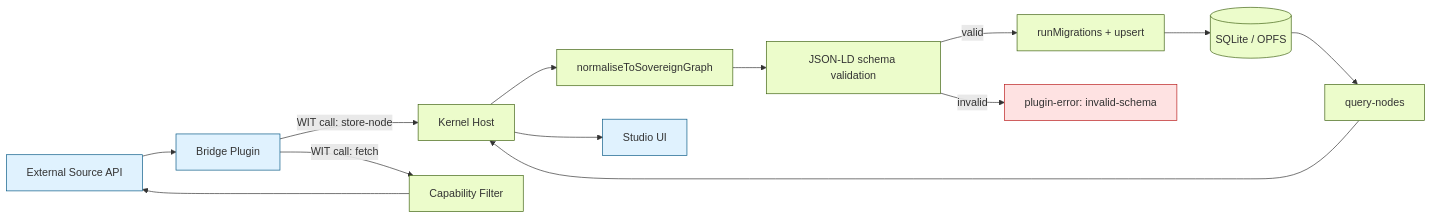
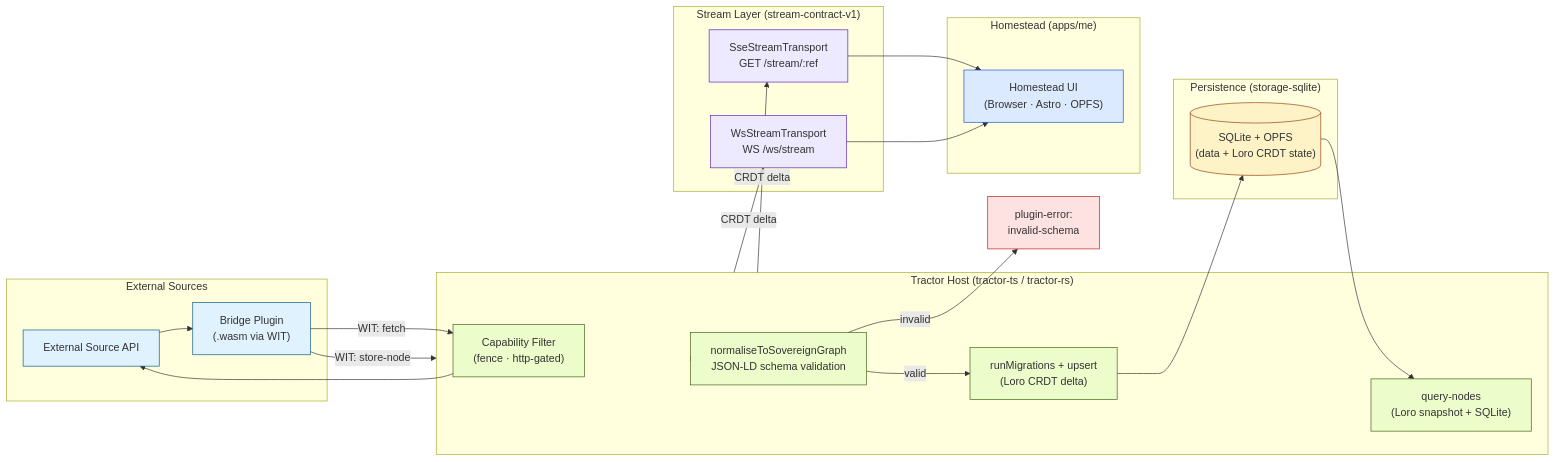
The diagram in specs/diagrams/data-flow.mermaid (aretw0/refarm), drawn with Mermaid before and after one commit. The commit also changed 921 other files, not shown here.

```diff
--- a/specs/diagrams/data-flow.mermaid
+++ b/specs/diagrams/data-flow.mermaid
@@ -1,24 +1,57 @@
 flowchart LR
-  U[External Source API] --> P[Bridge Plugin]
-  P -->|WIT call: store-node| K[Kernel Host]
-  P -->|WIT call: fetch| F[Capability Filter]
-  F --> U
+  subgraph External["External Sources"]
+    API["External Source API"]
+    BridgePlug["Bridge Plugin\n(.wasm via WIT)"]
+  end
 
-  K --> N[normaliseToSovereignGraph]
-  N --> V[JSON-LD schema validation]
+  subgraph Tractor["Tractor Host  (tractor-ts / tractor-rs)"]
+    CapFilter["Capability Filter\n(fence · http-gated)"]
+    Normalize["normaliseToSovereignGraph\nJSON-LD schema validation"]
+    Upsert["runMigrations + upsert\n(Loro CRDT delta)"]
+    Query["query-nodes\n(Loro snapshot + SQLite)"]
+  end
 
-  V -->|valid| M[runMigrations + upsert]
-  V -->|invalid| E[plugin-error: invalid-schema]
+  subgraph StreamLayer["Stream Layer  (stream-contract-v1)"]
+    SSE["SseStreamTransport\nGET /stream/:ref"]
+    WS["WsStreamTransport\nWS /ws/stream"]
+  end
 
-  M --> DB[(SQLite / OPFS)]
-  DB --> Q[query-nodes]
-  Q --> K
-  K --> S[Studio UI]
+  subgraph Persistence["Persistence  (storage-sqlite)"]
+    DB[("SQLite + OPFS\n(data + Loro CRDT state)")]
+  end
+
+  subgraph UI["Homestead  (apps/me)"]
+    HomesteadUI["Homestead UI\n(Browser · Astro · OPFS)"]
+  end
+
+  API --> BridgePlug
+  BridgePlug -->|"WIT: store-node"| Tractor
+  BridgePlug -->|"WIT: fetch"| CapFilter
+  CapFilter --> API
+
+  Tractor --> Normalize
+  Normalize -->|valid| Upsert
+  Normalize -->|"invalid"| Err["plugin-error:\ninvalid-schema"]
+
+  Upsert --> DB
+  DB --> Query
+  Query --> Tractor
+
+  Tractor -->|"CRDT delta"| SSE
+  Tractor -->|"CRDT delta"| WS
+  SSE --> HomesteadUI
+  WS --> HomesteadUI
 
   classDef ext fill:#e0f2fe,stroke:#075985,stroke-width:1px;
   classDef core fill:#ecfccb,stroke:#3f6212,stroke-width:1px;
+  classDef stream fill:#ede9fe,stroke:#5b21b6,stroke-width:1px;
+  classDef persist fill:#fef3c7,stroke:#92400e,stroke-width:1px;
+  classDef ui fill:#dbeafe,stroke:#1d4ed8,stroke-width:1px;
   classDef err fill:#fee2e2,stroke:#b91c1c,stroke-width:1px;
 
-  class U,P,S ext;
-  class K,N,V,M,DB,Q,F core;
-  class E err;
+  class API,BridgePlug ext;
+  class CapFilter,Normalize,Upsert,Query core;
+  class SSE,WS stream;
+  class DB persist;
+  class HomesteadUI ui;
+  class Err err;
```
